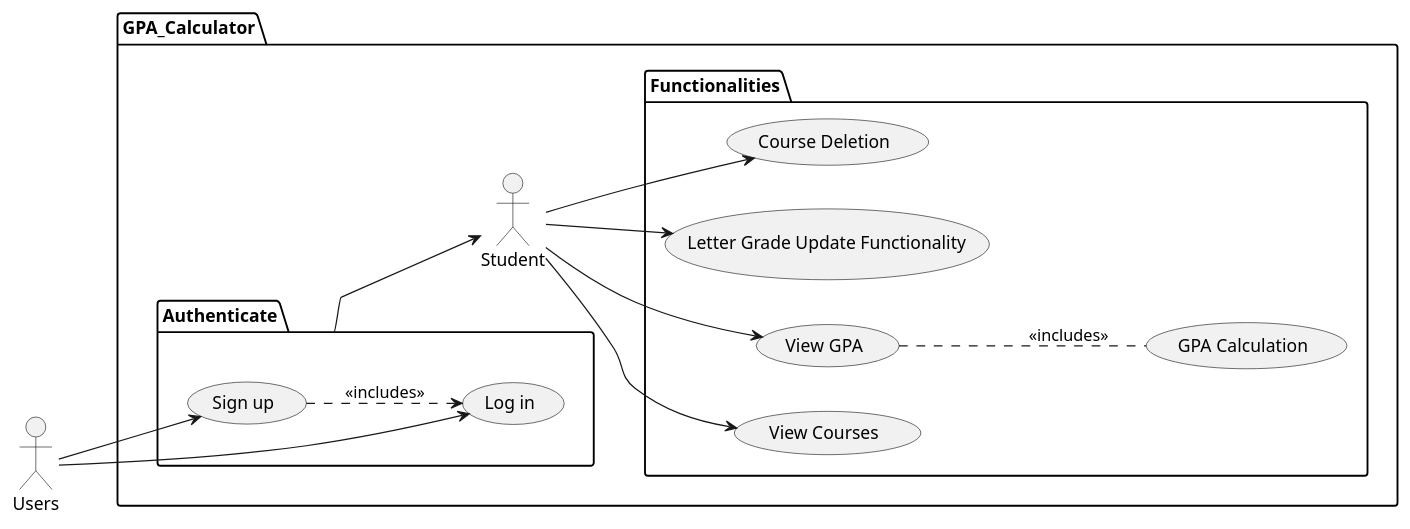
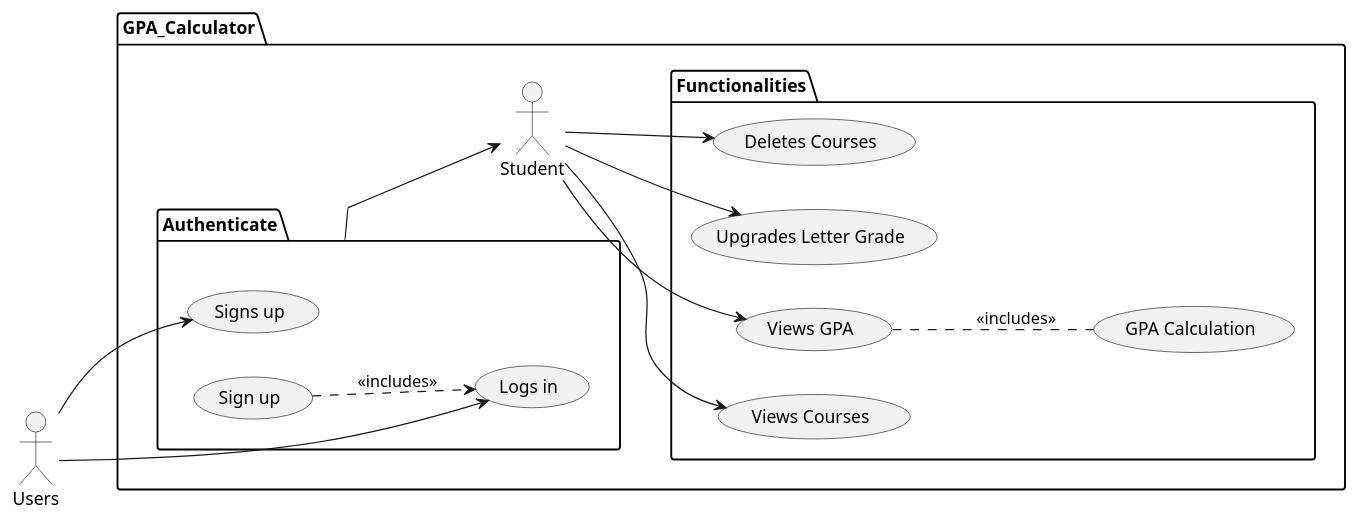
The diagram in uml/use_case.wsd (YasF-bit/prj-1-), drawn with PlantUML before and after one commit. The commit also changed 1 other file, not shown here.

```diff
--- a/uml/use_case.wsd
+++ b/uml/use_case.wsd
@@ -1,28 +1,28 @@
 @startuml use_case
 
 left to right direction
 
 :Users:
 
 package GPA_Calculator{
 
 
 
 package Authenticate{
-    (Users) --> (Log in)
-    (Users) --> (Sign up)
-    (Sign up) ..> (Log in) : <<includes>>
+    (Users) --> (Logs in)
+    (Users) --> (Signs up)
+    (Sign up) ..> (Logs in) : <<includes>>
 }
 
 Authenticate --> :Student:
 package Functionalities{
-    (Student) --> (View Courses)
-    (Student) --> (View GPA)
-    (View GPA) .. (GPA Calculation) :<<includes>>
-    (Student) -->(Letter Grade Update Functionality)
-    (Student) --> (Course Deletion)
+    (Student) --> (Views Courses)
+    (Student) --> (Views GPA)
+    (Views GPA) .. (GPA Calculation) :<<includes>>
+    (Student) -->(Upgrades Letter Grade)
+    (Student) --> (Deletes Courses)
 }
 
 
 }
 @enduml
```
